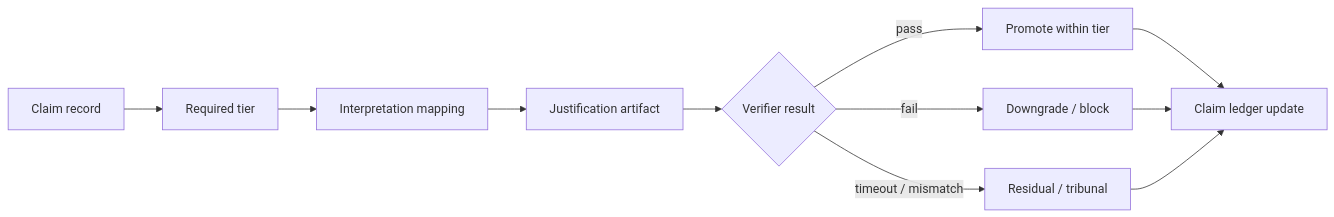
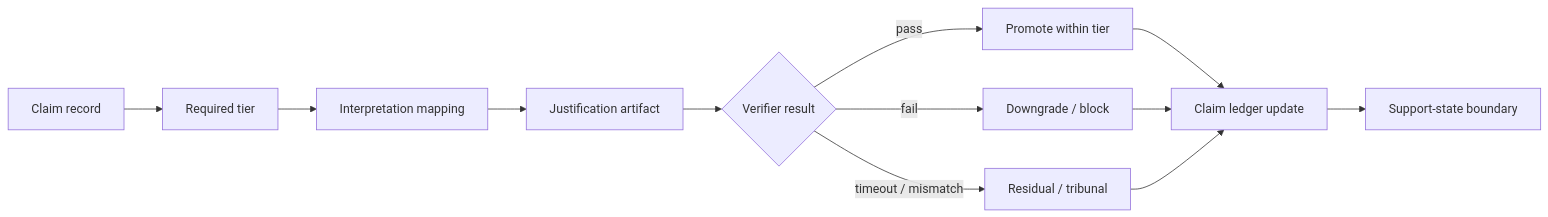
The diagram in chapters/spinoza-verification-and-proof-carrying-claims.qmd (corbensorenson/asi-stack-book), drawn with Mermaid before and after one commit. The commit also changed 20 other files, not shown here.

Commit message:
Raise diagram substance floor

````diff
--- a/chapters/spinoza-verification-and-proof-carrying-claims.qmd
+++ b/chapters/spinoza-verification-and-proof-carrying-claims.qmd
@@ -102,13 +102,14 @@
 ```{mermaid}
 flowchart LR
   A["Claim record"] --> B["Required tier"]
   B --> C["Interpretation mapping"]
   C --> D["Justification artifact"]
   D --> E{"Verifier result"}
   E -- "pass" --> F["Promote within tier"]
   E -- "fail" --> G["Downgrade / block"]
   E -- "timeout / mismatch" --> H["Residual / tribunal"]
   F --> I["Claim ledger update"]
   G --> I
   H --> I
+  I --> J["Support-state boundary"]
 ```
````
